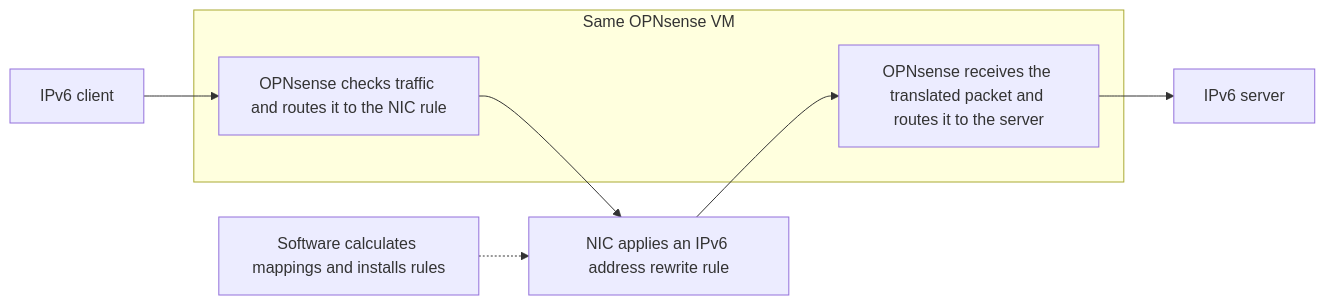
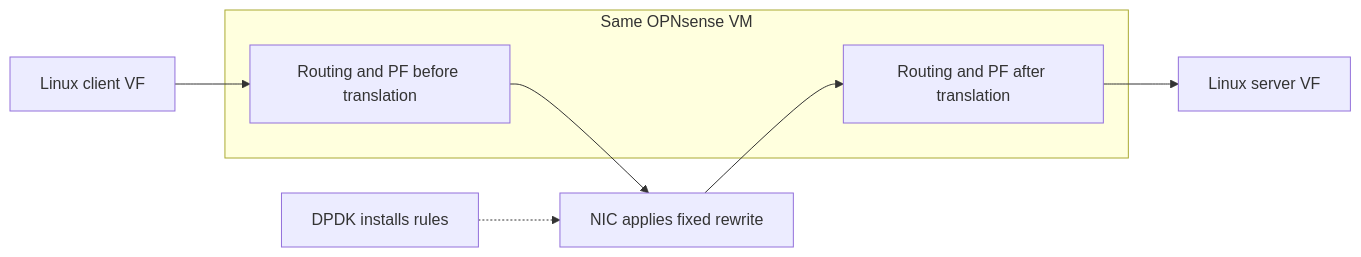
The fourth of 9 diagrams in docs/performance.md (agoodkind/mwan), drawn with Mermaid before and after one commit. The commit also changed other lines of this file, not shown here.

Commit message:
Document verified TruFlow translation measurements

````diff
--- a/docs/performance.md
+++ b/docs/performance.md
@@ -483,12 +485,12 @@
 ```mermaid
 flowchart LR
-  client[IPv6 client] --> ingress
+  client[Linux client VF] --> ingress
   subgraph firewall[Same OPNsense VM]
-    ingress[OPNsense checks traffic and routes it to the NIC rule]
-    egress[OPNsense receives the translated packet and routes it to the server]
+    ingress[Routing and PF before translation]
+    egress[Routing and PF after translation]
   end
-  ingress --> rewrite[NIC applies an IPv6 address rewrite rule]
+  ingress --> rewrite[NIC applies fixed rewrite]
   rewrite --> egress
-  egress --> server[IPv6 server]
-  control[Software calculates mappings and installs rules] -.-> rewrite
+  egress --> server[Linux server VF]
+  control[DPDK installs rules] -.-> rewrite
 ```
````
